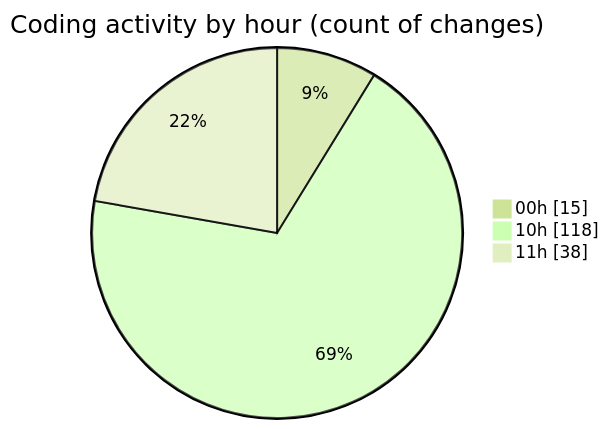
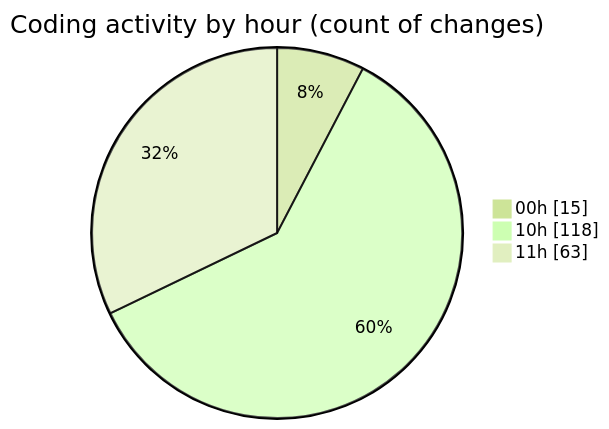
Before and after one commit to Ritupan-Deka/code-tracking: the second of 2 diagrams in 2026-01-11/dsa/README.md, drawn with Mermaid (forest theme). The commit also changed other lines of this file and 1 other file, not shown here.

````diff
--- a/2026-01-11/dsa/README.md
+++ b/2026-01-11/dsa/README.md
@@ -28,7 +28,7 @@
 ```mermaid
 pie showData
 title Coding activity by hour (count of changes)
 "00h" : 15
 "10h" : 118
-"11h" : 38
+"11h" : 63
 ```
````
